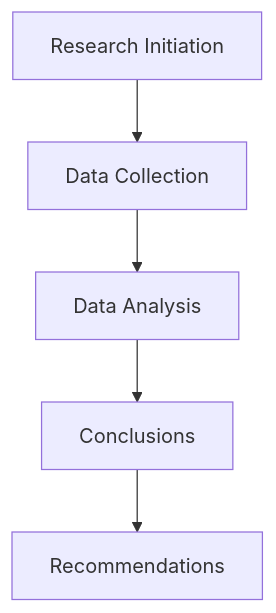
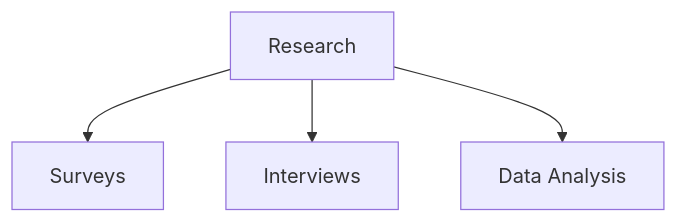
One commit to andiekobbietks/ats-cv-testing-research changed the fifth of 10 diagrams in README.md. Above: the diagram before and after it, drawn with Mermaid. The commit also changed other lines of this file, not shown here.

Commit message:
Updated the README.md with comprehensive research findings and visuals.

````diff
--- a/README.md
+++ b/README.md
@@ -29,7 +66,6 @@
-  ```mermaid
-  flowchart TD
-    A[Research Initiation] --> B[Data Collection]
-    B --> C[Data Analysis]
-    C --> D[Conclusions]
-    D --> E[Recommendations]
-  ```
+```mermaid
+graph TD;
+    A[Research] --> B[Surveys];
+    A --> C[Interviews];
+    A --> D[Data Analysis];
+```
````
